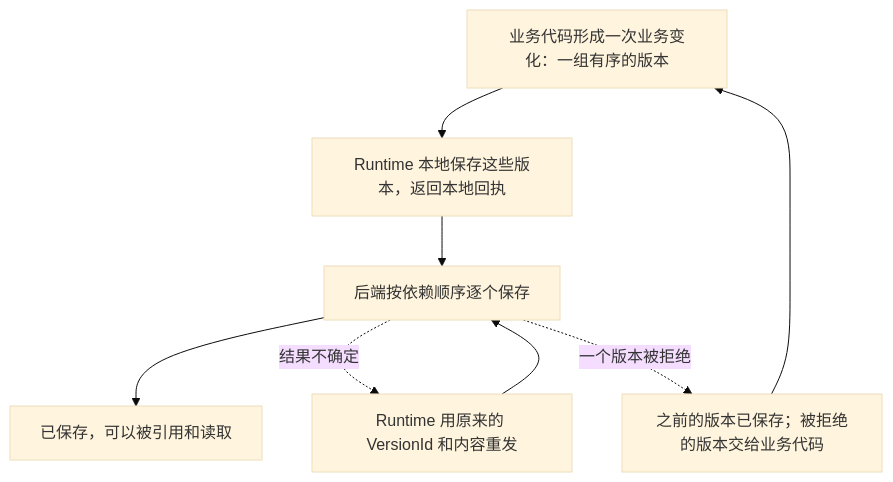
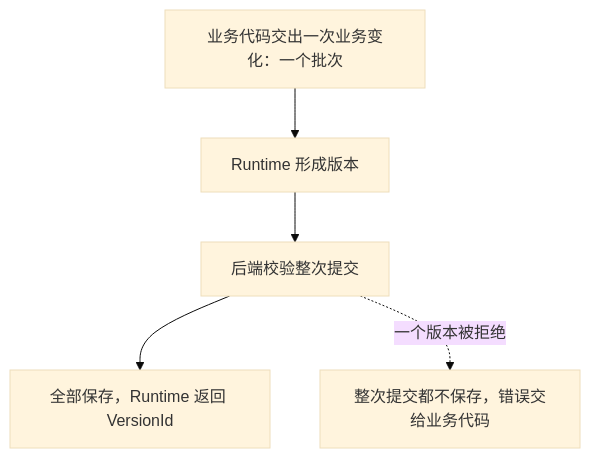
The diagram in src/Docs/Orisumi.Docs/content/docs/hosting/index.mdx (shenxianovo/Heartbeat), drawn with Mermaid (base theme) before and after one commit. The commit also changed other lines of this file and 182 other files, not shown here.

````diff
--- a/src/Docs/Orisumi.Docs/content/docs/hosting/index.mdx
+++ b/src/Docs/Orisumi.Docs/content/docs/hosting/index.mdx
@@ -35,11 +34,9 @@
 ```mermaid
 flowchart TD
-  B[业务代码形成一次业务变化：一组有序的版本] --> H[Runtime 本地保存这些版本，返回本地回执]
-  H --> S[后端按依赖顺序逐个保存]
-  S --> OK[已保存，可以被引用和读取]
-  S -. 结果不确定 .-> R[Runtime 用原来的 VersionId 和内容重发] --> S
-  S -. 一个版本被拒绝 .-> J[之前的版本已保存；被拒绝的版本交给业务代码] --> B
-  click H "/hosting/submission#receipts"
-  click R "/hosting/submission#retry"
-  click J "/hosting/submission#rejections"
+  B[业务代码交出一次业务变化：一个批次] --> H[Runtime 形成版本]
+  H --> S[后端校验整次提交]
+  S --> OK[全部保存，Runtime 返回 VersionId]
+  S -. 一个版本被拒绝 .-> J[整次提交都不保存，错误交给业务代码]
+  click H "/hosting/submission#batch"
+  click J "/hosting/submission#result"
 ```
````
